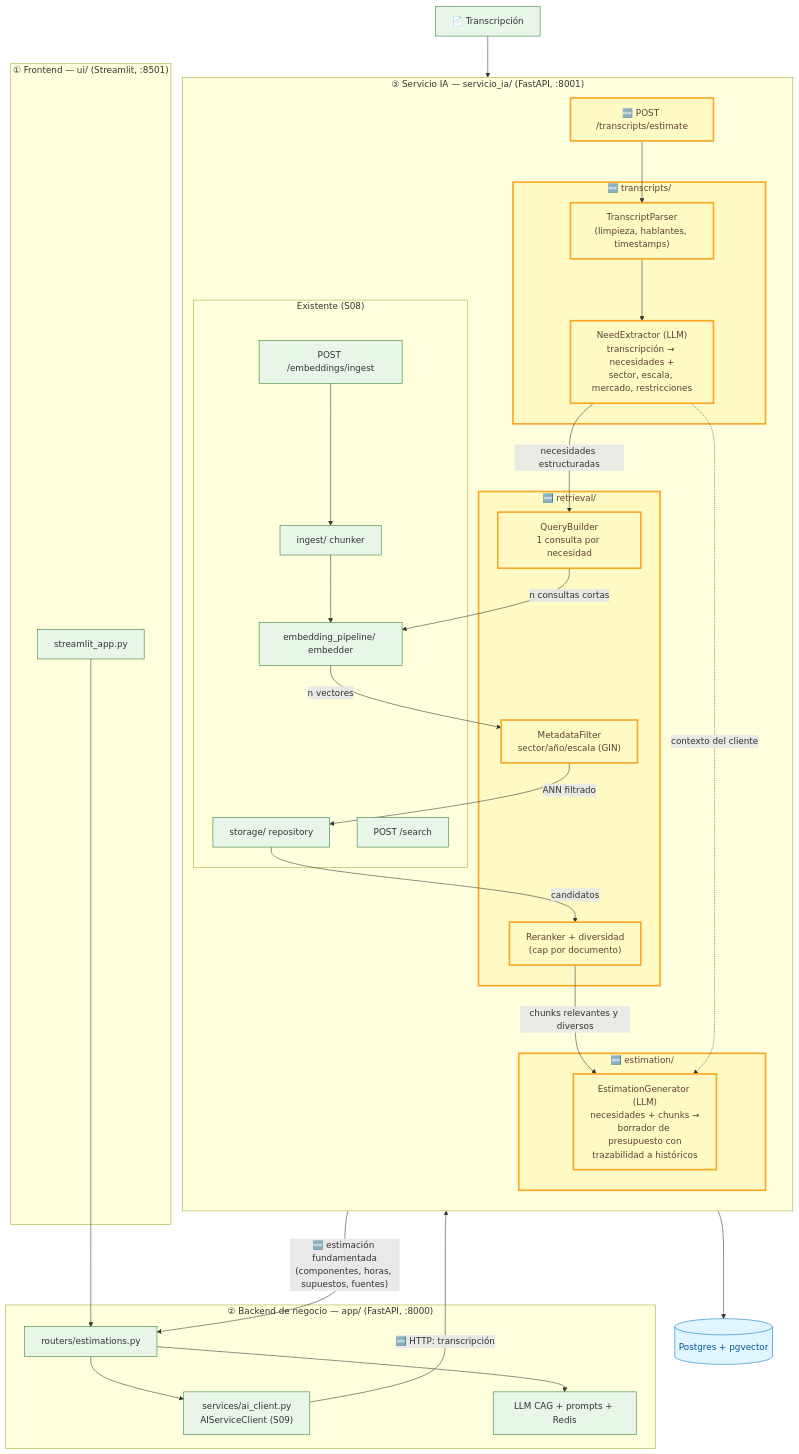
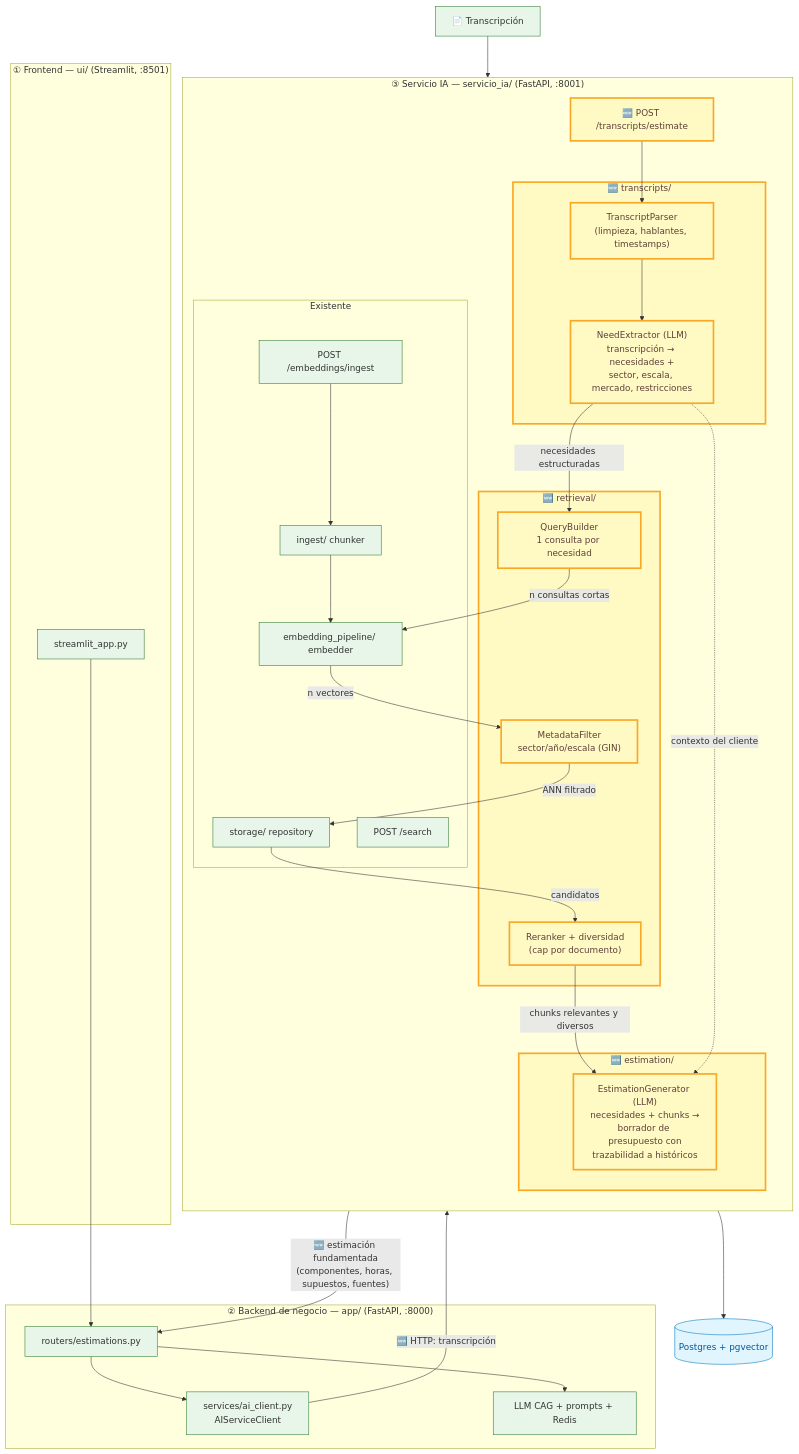
Before and after one commit to gvlpedro/estimator: the second of 2 diagrams in arquitectura-actual.md, drawn with Mermaid. The commit also changed other lines of this file and 1 other file, not shown here.

````diff
--- a/arquitectura-actual.md
+++ b/arquitectura-actual.md
@@ -354,64 +372,64 @@
 ```mermaid
 flowchart TB
     subgraph FE["① Frontend — ui/ (Streamlit, :8501)"]
         UI[streamlit_app.py]
     end
 
     subgraph BIZ["② Backend de negocio — app/ (FastAPI, :8000)"]
         EST["routers/estimations.py"]
-        AIClient["services/ai_client.py<br/>AIServiceClient (S09)"]
+        AIClient["services/ai_client.py<br/>AIServiceClient"]
         LLM["LLM CAG + prompts + Redis"]
     end
 
     subgraph AI["③ Servicio IA — servicio_ia/ (FastAPI, :8001)"]
         direction TB
         subgraph TRM["🆕 transcripts/"]
             TP["TranscriptParser<br/>(limpieza, hablantes, timestamps)"]
             NE["NeedExtractor (LLM)<br/>transcripción → necesidades +<br/>sector, escala, mercado, restricciones"]
         end
         subgraph RET["🆕 retrieval/"]
             QB["QueryBuilder<br/>1 consulta por necesidad"]
             MF["MetadataFilter<br/>sector/año/escala (GIN)"]
             RR["Reranker + diversidad<br/>(cap por documento)"]
         end
         subgraph GEN["🆕 estimation/"]
             EG["EstimationGenerator (LLM)<br/>necesidades + chunks →<br/>borrador de presupuesto con<br/>trazabilidad a históricos"]
         end
         NEW_EP["🆕 POST /transcripts/estimate"]
-        subgraph EXIST["Existente (S08)"]
+        subgraph EXIST["Existente"]
             ING_EP["POST /embeddings/ingest"]
             CHK["ingest/ chunker"]
             EMBD["embedding_pipeline/ embedder"]
             REPO["storage/ repository"]
             SRCH_EP["POST /search"]
         end
     end
 
     PG[("Postgres + pgvector")]
 
     TRANS["📄 Transcripción"]
 
     UI --> EST
     EST --> AIClient
     AIClient -->|"🆕 HTTP: transcripción"| NEW_EP
     NEW_EP --> TP --> NE
     NE -->|"necesidades estructuradas"| QB
     QB -->|"n consultas cortas"| EMBD
     EMBD -->|"n vectores"| MF
     MF -->|"ANN filtrado"| REPO
     REPO -->|"candidatos"| RR
     RR -->|"chunks relevantes y diversos"| EG
     NE -.->|"contexto del cliente"| EG
     EG -->|"🆕 estimación fundamentada<br/>(componentes, horas, supuestos, fuentes)"| EST
     EST --> LLM
     ING_EP --> CHK --> EMBD
     REPO --> PG
     TRANS --> NEW_EP
 
     classDef done fill:#e8f5e9,stroke:#2e7d32,stroke-width:1px
     classDef nueva fill:#fff9c4,stroke:#f9a825,color:#5d4037,stroke-width:3px
     classDef infra fill:#e1f5fe,stroke:#0277bd,color:#01579b
     class ING_EP,CHK,EMBD,REPO,SRCH_EP,EST,AIClient,LLM,UI,TRANS done
     class TP,NE,QB,MF,RR,EG,NEW_EP,TRM,RET,GEN nueva
     class PG infra
 ```
````
